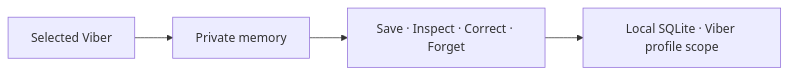
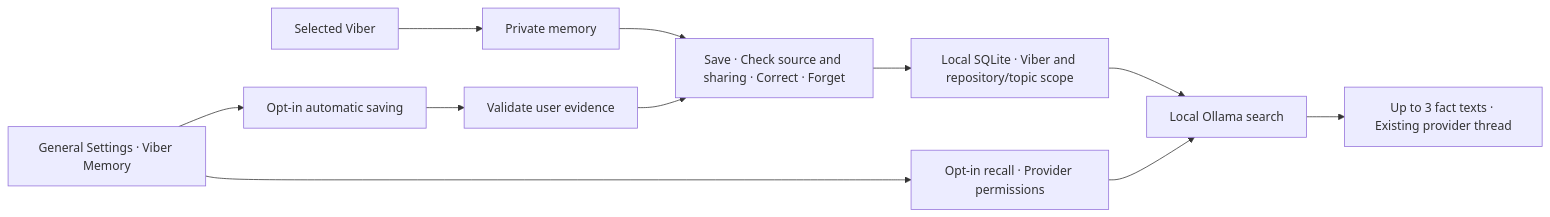
The second of 2 diagrams in FEATUREMAP.md (akshajrawat/akkco-vibestar), drawn with Mermaid before and after one commit. The commit also changed 28 other files, not shown here.

Commit message:
feat(vibers): add opt-in private memory recall and learning

````diff
--- a/FEATUREMAP.md
+++ b/FEATUREMAP.md
@@ -73,6 +73,11 @@
 ```mermaid
 flowchart LR
     Viber["Selected Viber"] --> Memory["Private memory"]
-    Memory --> Facts["Save · Inspect · Correct · Forget"]
-    Facts --> Storage["Local SQLite · Viber profile scope"]
+    Memory --> Facts["Save · Check source and sharing · Correct · Forget"]
+    Settings["General Settings · Viber Memory"] --> Learn["Opt-in automatic saving"]
+    Settings --> Recall["Opt-in recall · Provider permissions"]
+    Learn --> Evidence["Validate user evidence"] --> Facts
+    Facts --> Storage["Local SQLite · Viber and repository/topic scope"]
+    Storage --> Ollama["Local Ollama search"]
+    Recall --> Ollama --> Share["Up to 3 fact texts · Existing provider thread"]
 ```
````
